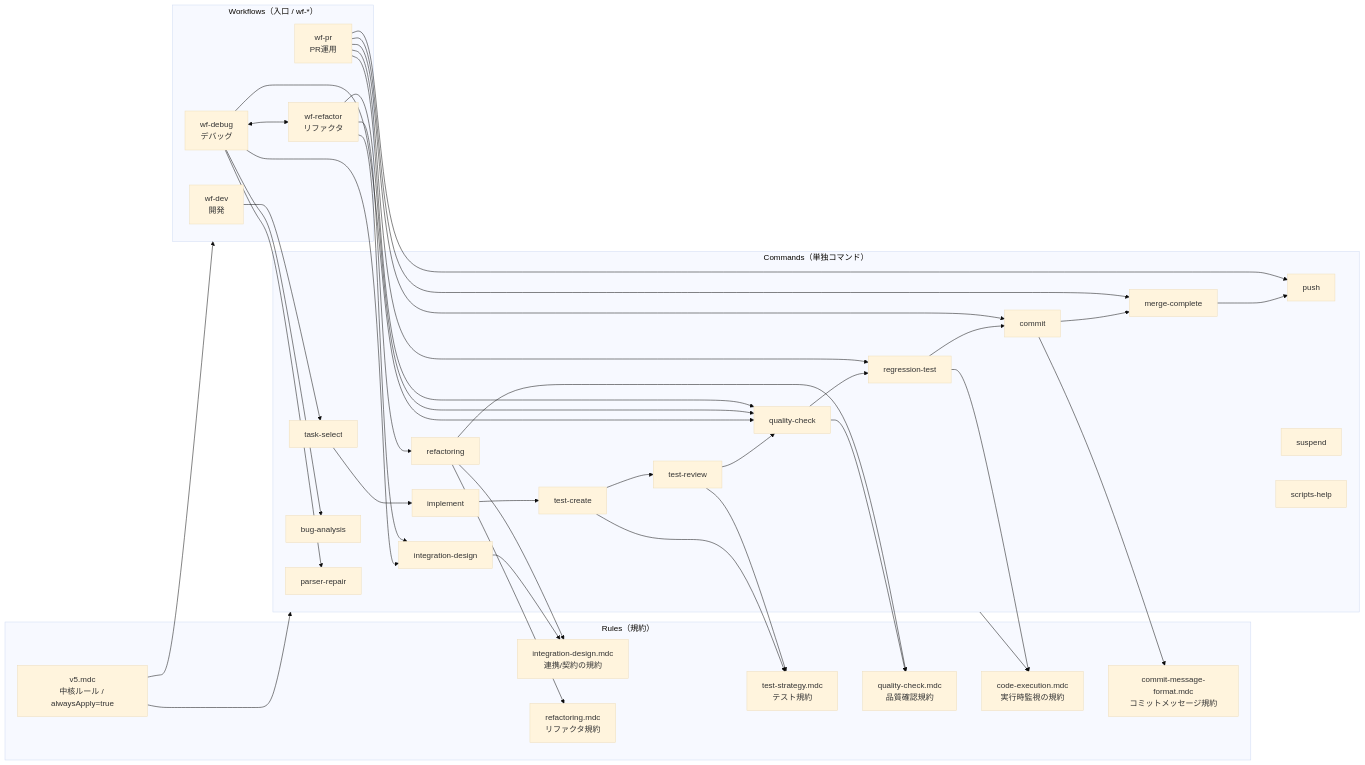
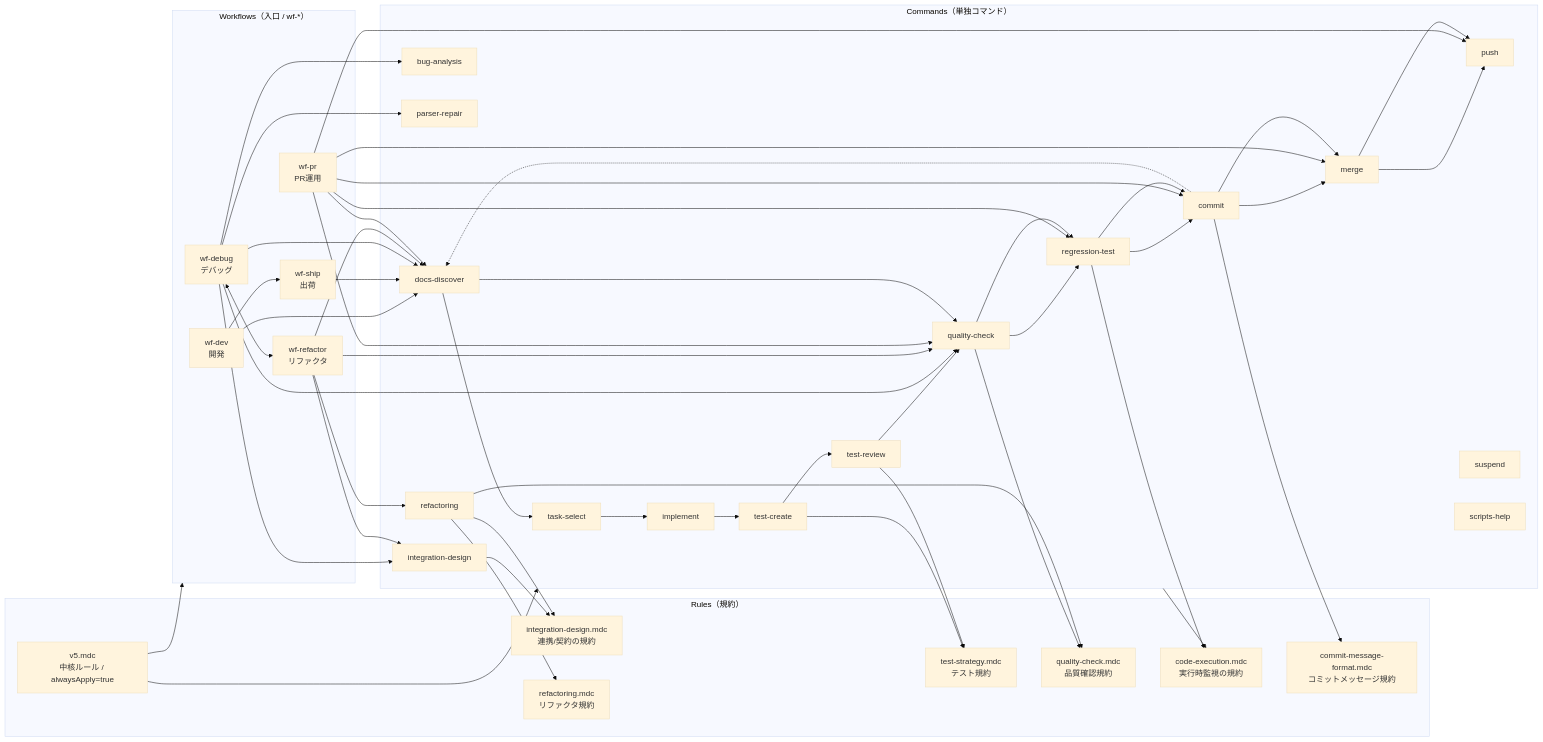
Before and after one commit to k-shibuki/lyra: the diagram in docs/CURSOR_RULES_COMMANDS.md, drawn with Mermaid (base theme). The commit also changed other lines of this file and 10 other files, not shown here.

```diff
--- a/docs/CURSOR_RULES_COMMANDS.md
+++ b/docs/CURSOR_RULES_COMMANDS.md
@@ -31,6 +31,7 @@
     wfDbg[wf-debug<br/>デバッグ]
     wfPR[wf-pr<br/>PR運用]
     wfRef[wf-refactor<br/>リファクタ]
+    wfShip[wf-ship<br/>出荷]
   end
 
   subgraph CMD[Commands（単独コマンド）]
@@ -40,8 +41,9 @@
     tr[test-review]
     qcc[quality-check]
     rt[regression-test]
+    docsDisc[docs-discover]
     commit[commit]
-    mc[merge-complete]
+    mc[merge]
     push[push]
     susp[suspend]
     sh[scripts-help]
@@ -57,7 +59,7 @@
   v5 --> CMD
 
   %% ========== Workflow -> commands ==========
-  wfDev --> taskSel --> impl --> tc --> tr --> qcc --> rt --> commit --> mc --> push
+  wfDev --> docsDisc --> taskSel --> impl --> tc --> tr --> qcc --> rt --> commit --> mc --> push
   wfDbg --> integ
   wfDbg --> bug
   wfDbg --> pr
@@ -70,9 +72,19 @@
   wfPR --> commit
   wfPR --> mc
   wfPR --> push
+  wfShip --> docsDisc --> qcc --> rt --> commit --> mc --> push
+
+  %% All workflows start by discovering related docs
+  wfDbg --> docsDisc
+  wfRef --> docsDisc
+  wfPR  --> docsDisc
+
+  %% Commit guarantees doc alignment before recording changes
+  commit -.-> docsDisc
 
   %% ========== Handoff ==========
   wfDbg <--> wfRef
+  wfDev --> wfShip
 
   %% ========== Command -> rules ==========
   CMD --> ce
```
